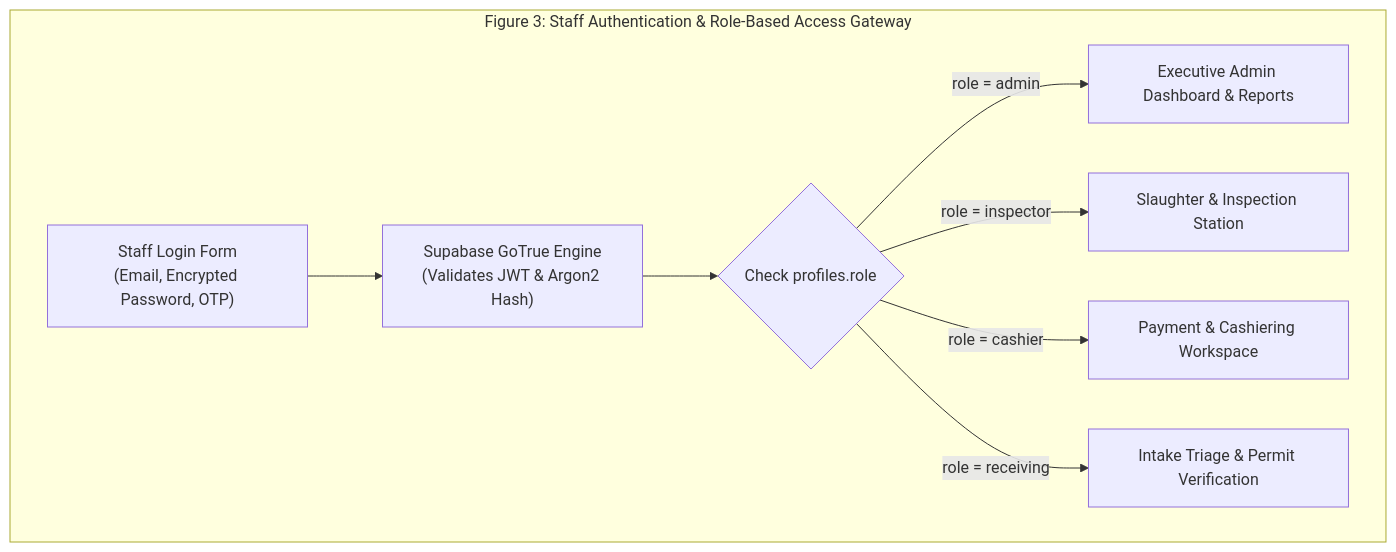
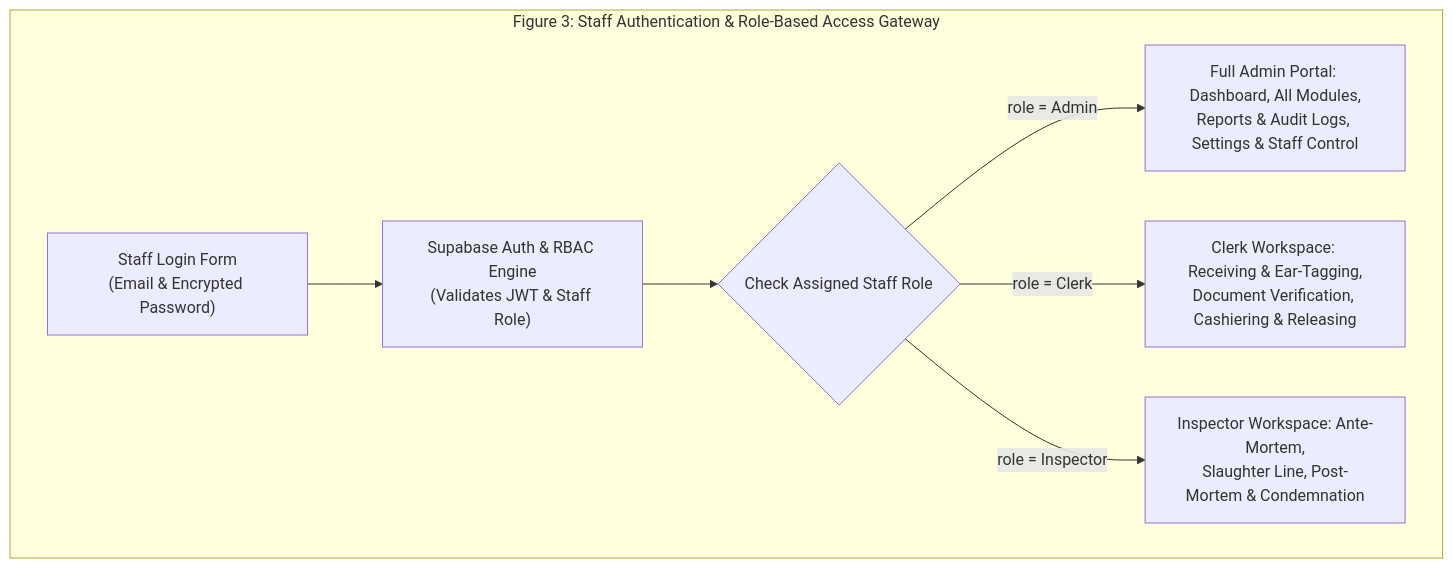
Before and after one commit to johnpaulmarbella123-alt/TC_AA_Slaughterhouse_Application: the first of 10 diagrams in vault/07 - Capstone Manuscript/Chapter 4 - Results and Discussion.md, drawn with Mermaid. The commit also changed other lines of this file and 15 other files, not shown here.

````diff
--- a/vault/07 - Capstone Manuscript/Chapter 4 - Results and Discussion.md
+++ b/vault/07 - Capstone Manuscript/Chapter 4 - Results and Discussion.md
@@ -90,11 +89,10 @@
 ```mermaid
 graph TD
     subgraph Figure 3: Staff Authentication & Role-Based Access Gateway
-        Login["Staff Login Form<br/>(Email, Encrypted Password, OTP)"] --> AuthEngine["Supabase GoTrue Engine<br/>(Validates JWT & Argon2 Hash)"]
-        AuthEngine --> RoleCheck{"Check profiles.role"}
-        RoleCheck -- "role = admin" --> MasterDash["Executive Admin Dashboard & Reports"]
-        RoleCheck -- "role = inspector" --> InspModule["Slaughter & Inspection Station"]
-        RoleCheck -- "role = cashier" --> CashModule["Payment & Cashiering Workspace"]
-        RoleCheck -- "role = receiving" --> RecModule["Intake Triage & Permit Verification"]
+        Login["Staff Login Form<br/>(Email & Encrypted Password)"] --> AuthEngine["Supabase Auth & RBAC Engine<br/>(Validates JWT & Staff Role)"]
+        AuthEngine --> RoleCheck{"Check Assigned Staff Role"}
+        RoleCheck -- "role = Admin" --> MasterDash["Full Admin Portal: Dashboard, All Modules,<br/>Reports & Audit Logs, Settings & Staff Control"]
+        RoleCheck -- "role = Clerk" --> ClerkModule["Clerk Workspace: Receiving & Ear-Tagging,<br/>Document Verification, Cashiering & Releasing"]
+        RoleCheck -- "role = Inspector" --> InspModule["Inspector Workspace: Ante-Mortem,<br/>Slaughter Line, Post-Mortem & Condemnation"]
     end
 ```
````
